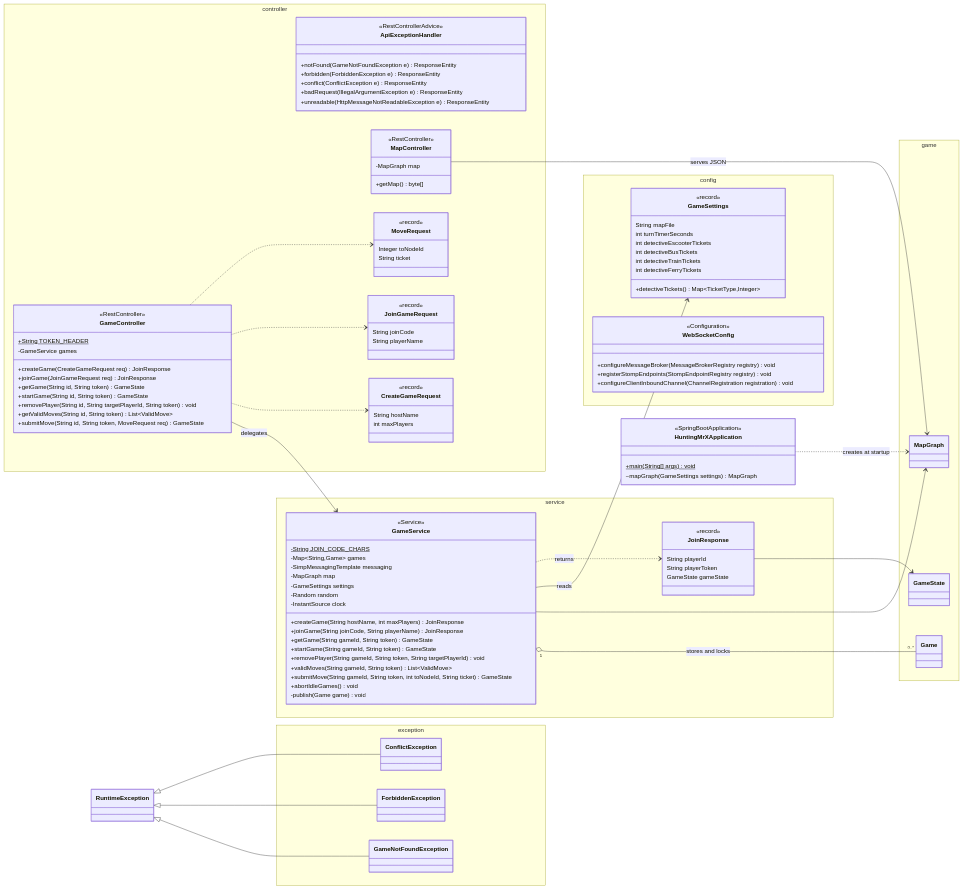
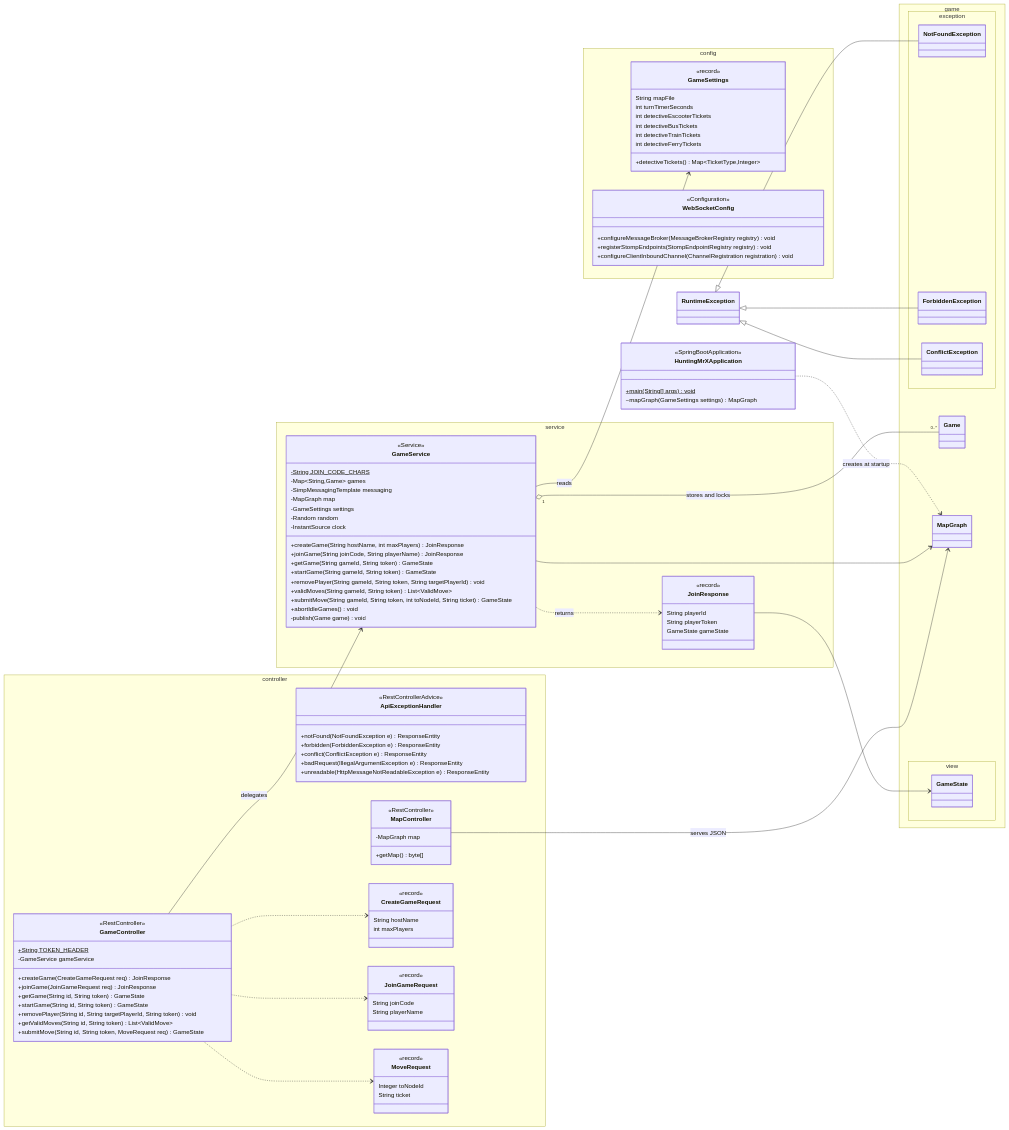
The third of 3 diagrams in documentation/plans/class-graph.md (Ming-Bao/HuntingMrX), drawn with Mermaid before and after one commit. The commit also changed other lines of this file and 42 other files, not shown here.

````diff
--- a/documentation/plans/class-graph.md
+++ b/documentation/plans/class-graph.md
@@ -204,7 +206,7 @@
     namespace controller {
         class ApiExceptionHandler {
             <<RestControllerAdvice>>
-            +notFound(GameNotFoundException e) ResponseEntity
+            +notFound(NotFoundException e) ResponseEntity
             +forbidden(ForbiddenException e) ResponseEntity
             +conflict(ConflictException e) ResponseEntity
             +badRequest(IllegalArgumentException e) ResponseEntity
@@ -218,7 +220,7 @@
         class GameController {
             <<RestController>>
             +String TOKEN_HEADER$
-            -GameService games
+            -GameService gameService
             +createGame(CreateGameRequest req) JoinResponse
             +joinGame(JoinGameRequest req) JoinResponse
             +getGame(String id, String token) GameState
@@ -297,8 +299,8 @@
         }
     }
 
-    namespace exception {
-        class GameNotFoundException
+    namespace game.exception {
+        class NotFoundException
         class ForbiddenException
         class ConflictException
     }
@@ -306,6 +308,9 @@
     namespace game {
         class Game
         class MapGraph
+    }
+
+    namespace game.view {
         class GameState
     }
 
@@ -320,7 +325,7 @@
     GameService ..> JoinResponse : returns
     JoinResponse --> GameState
     HuntingMrXApplication ..> MapGraph : creates at startup
-    RuntimeException <|-- GameNotFoundException
+    RuntimeException <|-- NotFoundException
     RuntimeException <|-- ForbiddenException
     RuntimeException <|-- ConflictException
 ```
````
